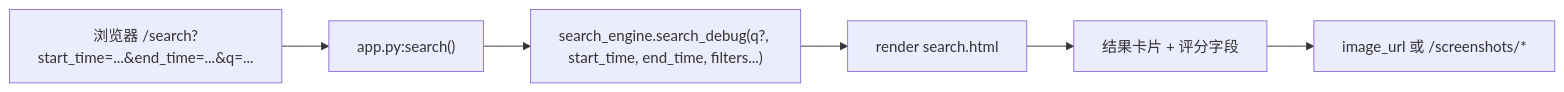
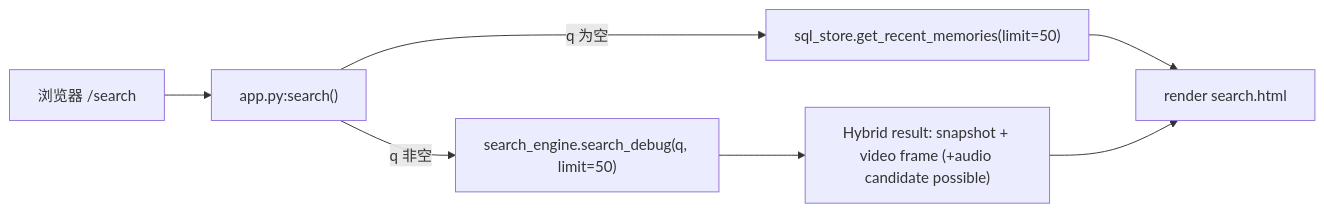
The diagram in v3/webui/pages/search.md (Xinm123/MyRecall), drawn with Mermaid before and after one commit. The commit also changed other lines of this file and 21 other files, not shown here.

````diff
--- a/v3/webui/pages/search.md
+++ b/v3/webui/pages/search.md
@@ -44,8 +50,9 @@
 ```mermaid
 flowchart LR
-  U["浏览器 /search?start_time=...&end_time=...&q=..."] --> A["app.py:search()"]
-  A --> Q["search_engine.search_debug(q?, start_time, end_time, filters...)"]
-  Q --> TPL["render search.html"]
-  TPL --> UI["结果卡片 + 评分字段"]
-  UI --> IMG["image_url 或 /screenshots/*"]
+  U["浏览器 /search"] --> A["app.py:search()"]
+  A -->|"q 为空"| R["sql_store.get_recent_memories(limit=50)"]
+  A -->|"q 非空"| Q["search_engine.search_debug(q, limit=50)"]
+  Q --> H["Hybrid result: snapshot + video frame (+audio candidate possible)"]
+  R --> T["render search.html"]
+  H --> T
 ```
````
